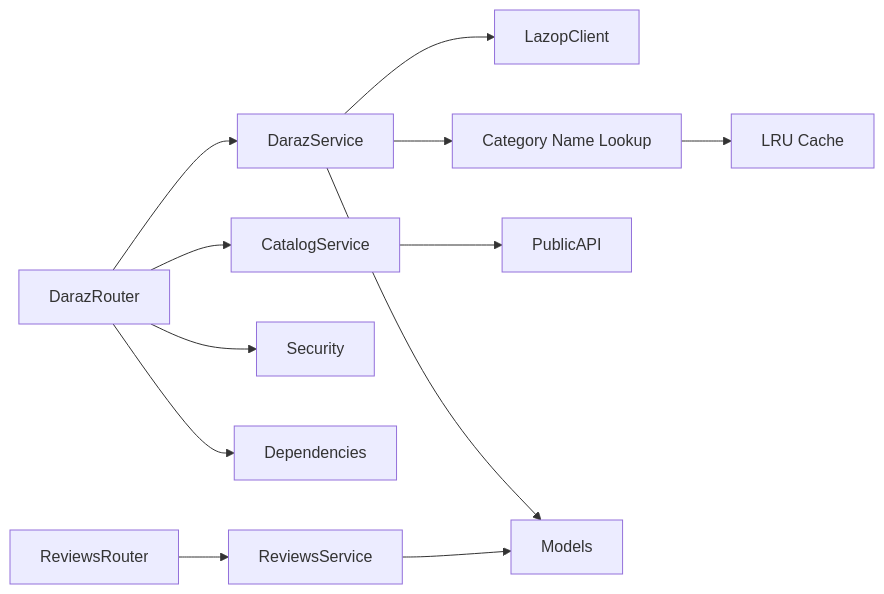
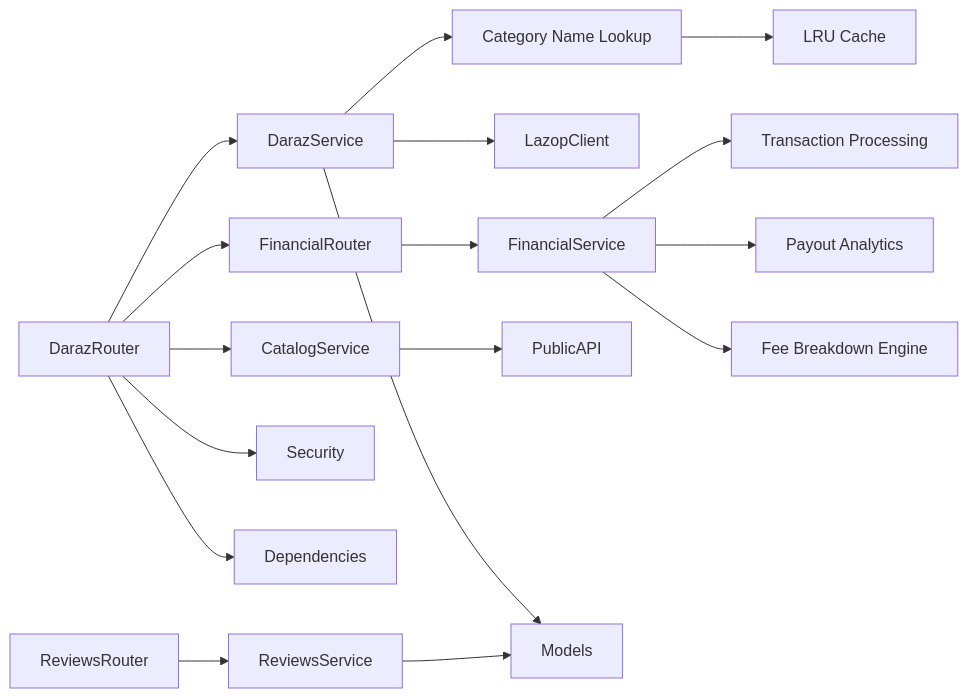
One commit to Muhammad-Masood/tijarah-ai-backend changed the seventh of 7 diagrams in .qoder/repowiki/en/content/API Reference/Marketplace Integration API/Daraz Integration API.md. Above: the diagram before and after it, drawn with Mermaid. The commit also changed other lines of this file and 14 other files, not shown here.

First line of the commit message:
feat(financial): add comprehensive financial analytics system with multiple endpoints

````diff
--- a/.qoder/repowiki/en/content/API Reference/Marketplace Integration API/Daraz Integration API.md
+++ b/.qoder/repowiki/en/content/API Reference/Marketplace Integration API/Daraz Integration API.md
@@ -456,14 +509,19 @@
 ```mermaid
 graph LR
 DarazRouter --> DarazService
 DarazRouter --> CatalogService
+DarazRouter --> FinancialRouter
 DarazRouter --> Security
 DarazRouter --> Dependencies
+FinancialRouter --> FinancialService
 DarazService --> LazopClient
 DarazService --> CategoryLookup["Category Name Lookup"]
+FinancialService --> TransactionEngine["Transaction Processing"]
+FinancialService --> PayoutAnalyzer["Payout Analytics"]
+FinancialService --> FeeCalculator["Fee Breakdown Engine"]
 CatalogService --> PublicAPI
 DarazService --> Models
 ReviewsRouter --> ReviewsService
 ReviewsService --> Models
 CategoryLookup --> LRU["LRU Cache"]
 ```
````
